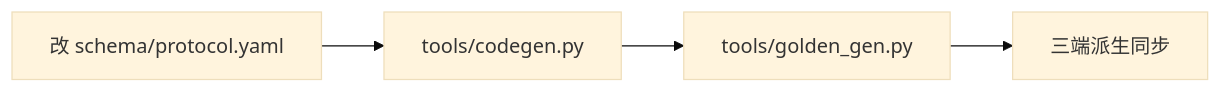
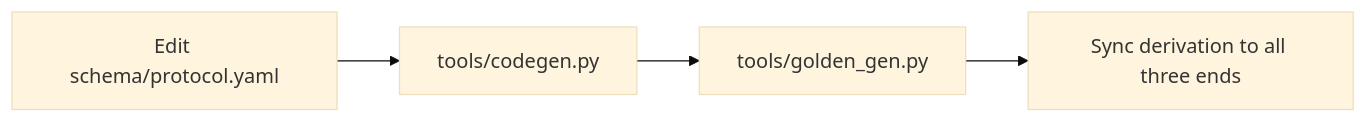
One commit to OceanUgenLab/rov-sdk changed the second of 3 diagrams in README.md. Above: the diagram before and after it, drawn with Mermaid (base theme). The commit also changed other lines of this file and 6 other files, not shown here.

````diff
--- a/README.md
+++ b/README.md
@@ -80,4 +80,4 @@
 ```mermaid
 flowchart LR
-    A["改 schema/protocol.yaml"] --> B["tools/codegen.py"] --> C["tools/golden_gen.py"] --> D["三端派生同步"]
+    A["Edit schema/protocol.yaml"] --> B["tools/codegen.py"] --> C["tools/golden_gen.py"] --> D["Sync derivation to all three ends"]
 ```
````
